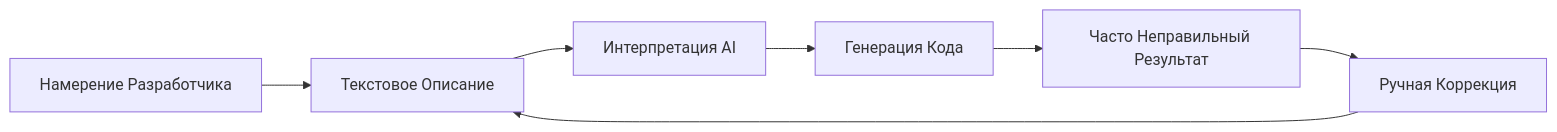
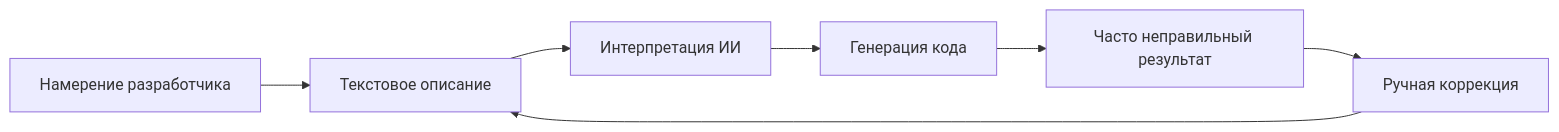
Before and after one commit to HatcherDX/hatch: the diagram in ru/visual-to-code.md, drawn with Mermaid. The commit also changed other lines of this file and 66 other files, not shown here.

````diff
--- a/ru/visual-to-code.md
+++ b/ru/visual-to-code.md
@@ -14,9 +14,9 @@
 ```mermaid
 graph LR
-    A[Намерение Разработчика] --> B[Текстовое Описание]
-    B --> C[Интерпретация AI]
-    C --> D[Генерация Кода]
-    D --> E[Часто Неправильный Результат]
-    E --> F[Ручная Коррекция]
+    A[Намерение разработчика] --> B[Текстовое описание]
+    B --> C[Интерпретация ИИ]
+    C --> D[Генерация кода]
+    D --> E[Часто неправильный результат]
+    E --> F[Ручная коррекция]
     F --> B
 ```
````
